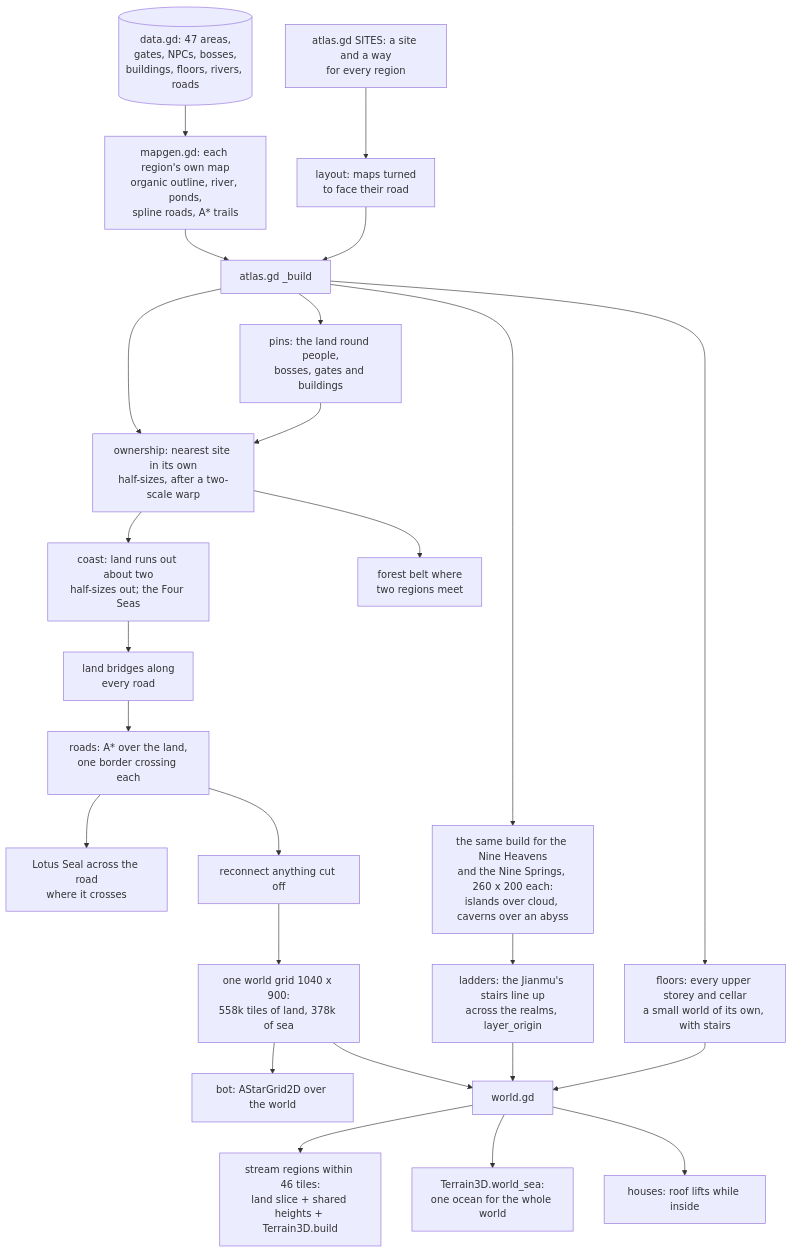
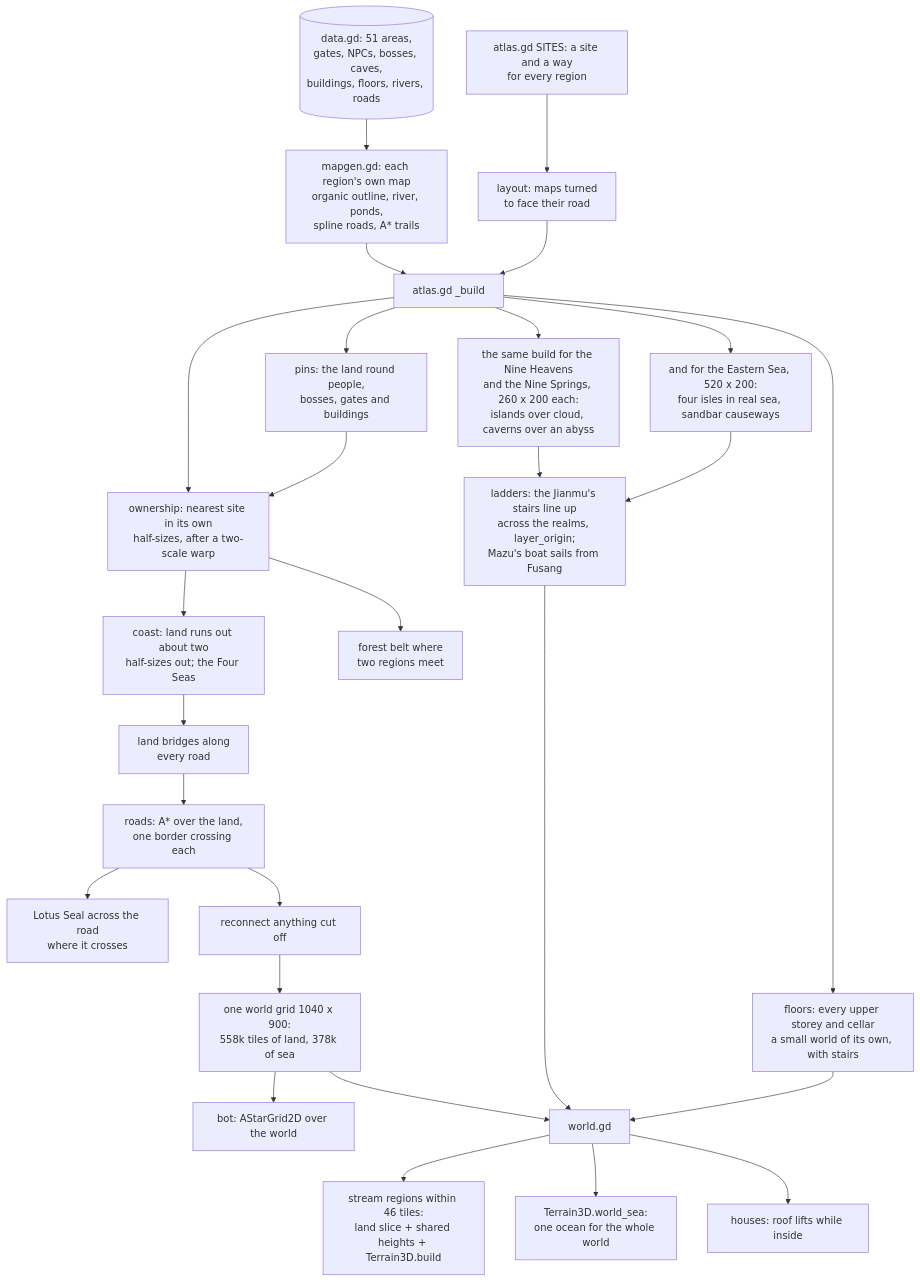
Diagram 12 of 21 in README.md (jgyy/timegox), drawn with Mermaid before and after one commit. The commit also changed other lines of this file and 274 other files, not shown here.

````diff
--- a/README.md
+++ b/README.md
@@ -629,27 +728,29 @@
 ```mermaid
 flowchart TD
-    D[(data.gd: 47 areas,<br/>gates, NPCs, bosses,<br/>buildings, floors, rivers, roads)] --> MG[mapgen.gd: each region's own map<br/>organic outline, river, ponds,<br/>spline roads, A* trails]
+    D[(data.gd: 51 areas,<br/>gates, NPCs, bosses, caves,<br/>buildings, floors, rivers, roads)] --> MG[mapgen.gd: each region's own map<br/>organic outline, river, ponds,<br/>spline roads, A* trails]
     S[atlas.gd SITES: a site and a way<br/>for every region] --> L[layout: maps turned<br/>to face their road]
     MG --> AT[atlas.gd _build]
     L --> AT
     AT --> PIN[pins: the land round people,<br/>bosses, gates and buildings]
     AT --> OW[ownership: nearest site in its own<br/>half-sizes, after a two-scale warp]
     PIN --> OW
     OW --> SEA[coast: land runs out about two<br/>half-sizes out; the Four Seas]
     OW --> BE[forest belt where<br/>two regions meet]
     SEA --> IS[land bridges along<br/>every road]
     IS --> RO[roads: A* over the land,<br/>one border crossing each]
     RO --> SE[Lotus Seal across the road<br/>where it crosses]
     RO --> CO[reconnect anything cut off]
     CO --> G[one world grid 1040 x 900:<br/>558k tiles of land, 378k of sea]
     G --> BOT[bot: AStarGrid2D over the world]
     G --> W[world.gd]
     W --> STR[stream regions within 46 tiles:<br/>land slice + shared heights + Terrain3D.build]
     W --> SEAR[Terrain3D.world_sea:<br/>one ocean for the whole world]
     W --> IN[houses: roof lifts while inside]
     AT --> RLM[the same build for the Nine Heavens<br/>and the Nine Springs, 260 x 200 each:<br/>islands over cloud, caverns over an abyss]
-    RLM --> LAD[ladders: the Jianmu's stairs line up<br/>across the realms, layer_origin]
+    AT --> ESEA[and for the Eastern Sea, 520 x 200:<br/>four isles in real sea, sandbar causeways]
+    RLM --> LAD[ladders: the Jianmu's stairs line up<br/>across the realms, layer_origin;<br/>Mazu's boat sails from Fusang]
+    ESEA --> LAD
     AT --> FLR[floors: every upper storey and cellar<br/>a small world of its own, with stairs]
     LAD --> W
     FLR --> W
 ```
````
